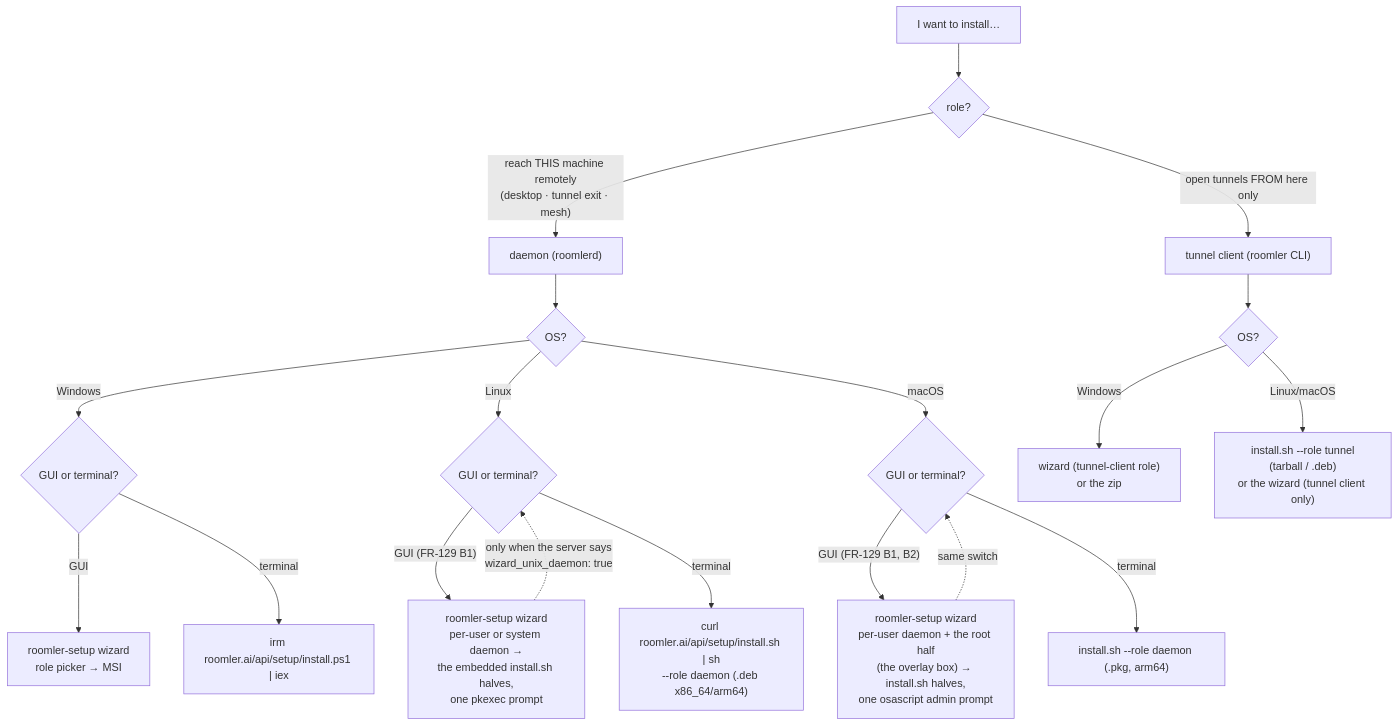
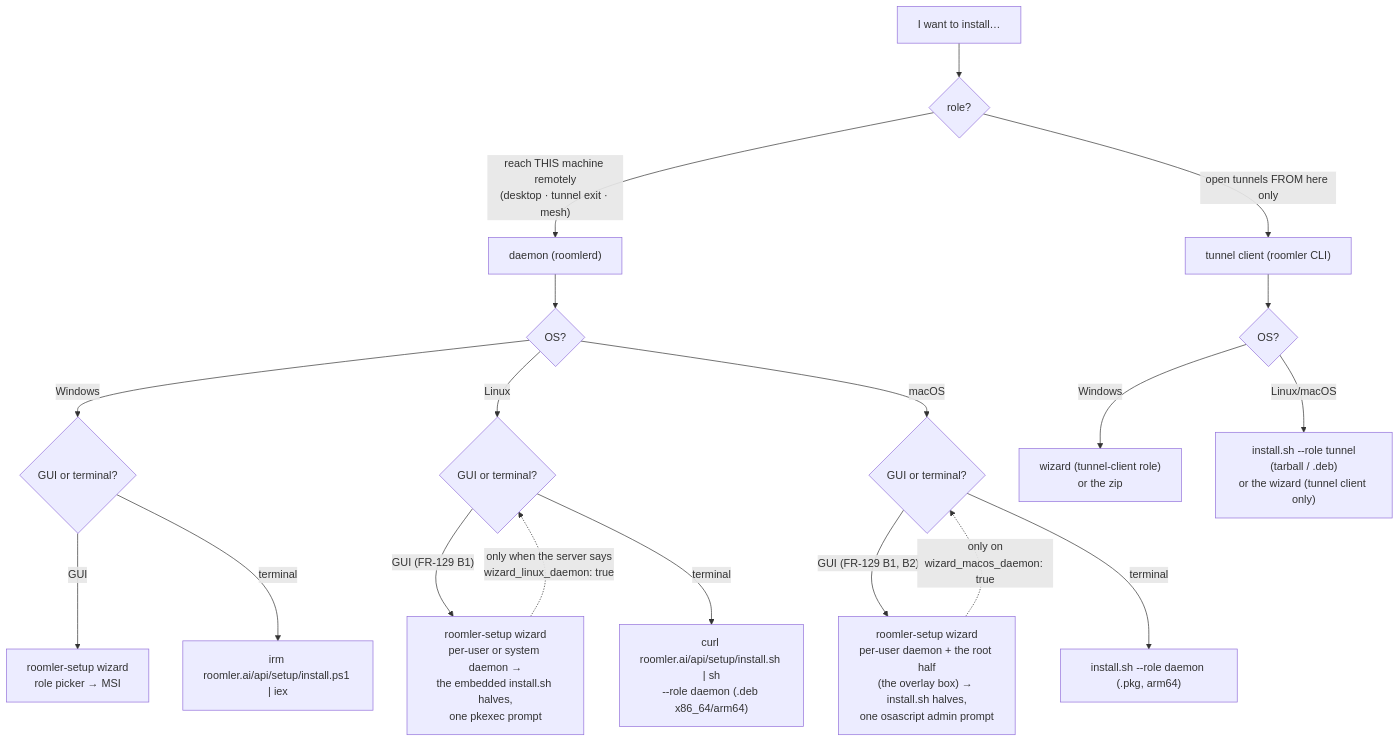
The first of 9 diagrams in docs/installation.md (gjovanov/roomler-ai), drawn with Mermaid before and after one commit. The commit also changed other lines of this file and 32 other files, not shown here.

First line of the commit message:
feat(fr-129): B1-s2 — the daemon switch per OS, so Linux goes live without macOS (#3022)

````diff
--- a/docs/installation.md
+++ b/docs/installation.md
@@ -11,23 +11,23 @@
 ```mermaid
 flowchart TB
     START["I want to install…"] --> ROLE{"role?"}
     ROLE -->|"reach THIS machine remotely<br/>(desktop · tunnel exit · mesh)"| DAEMON["daemon (roomlerd)"]
     ROLE -->|"open tunnels FROM here only"| TC["tunnel client (roomler CLI)"]
 
     DAEMON --> OS1{"OS?"}
     OS1 -->|Windows| WGUI{"GUI or terminal?"}
     WGUI -->|GUI| WIZ["roomler-setup wizard<br/>role picker → MSI"]
     WGUI -->|terminal| PS1["irm roomler.ai/api/setup/install.ps1 | iex"]
     OS1 -->|Linux| LGUI{"GUI or terminal?"}
     LGUI -->|"GUI (FR-129 B1)"| LWIZ["roomler-setup wizard<br/>per-user or system daemon →<br/>the embedded install.sh halves,<br/>one pkexec prompt"]
     LGUI -->|terminal| SH["curl roomler.ai/api/setup/install.sh | sh<br/>--role daemon (.deb x86_64/arm64)"]
     OS1 -->|macOS| MGUI{"GUI or terminal?"}
     MGUI -->|"GUI (FR-129 B1, B2)"| MWIZ["roomler-setup wizard<br/>per-user daemon + the root half<br/>(the overlay box) → install.sh halves,<br/>one osascript admin prompt"]
     MGUI -->|terminal| PKG["install.sh --role daemon (.pkg, arm64)"]
-    LWIZ -.->|"only when the server says<br/>wizard_unix_daemon: true"| LGUI
-    MWIZ -.->|"same switch"| MGUI
+    LWIZ -.->|"only when the server says<br/>wizard_linux_daemon: true"| LGUI
+    MWIZ -.->|"only on<br/>wizard_macos_daemon: true"| MGUI
 
     TC --> OS2{"OS?"}
     OS2 -->|Windows| TCW["wizard (tunnel-client role)<br/>or the zip"]
     OS2 -->|Linux/macOS| TCU["install.sh --role tunnel<br/>(tarball / .deb)<br/>or the wizard (tunnel client only)"]
 ```
````
